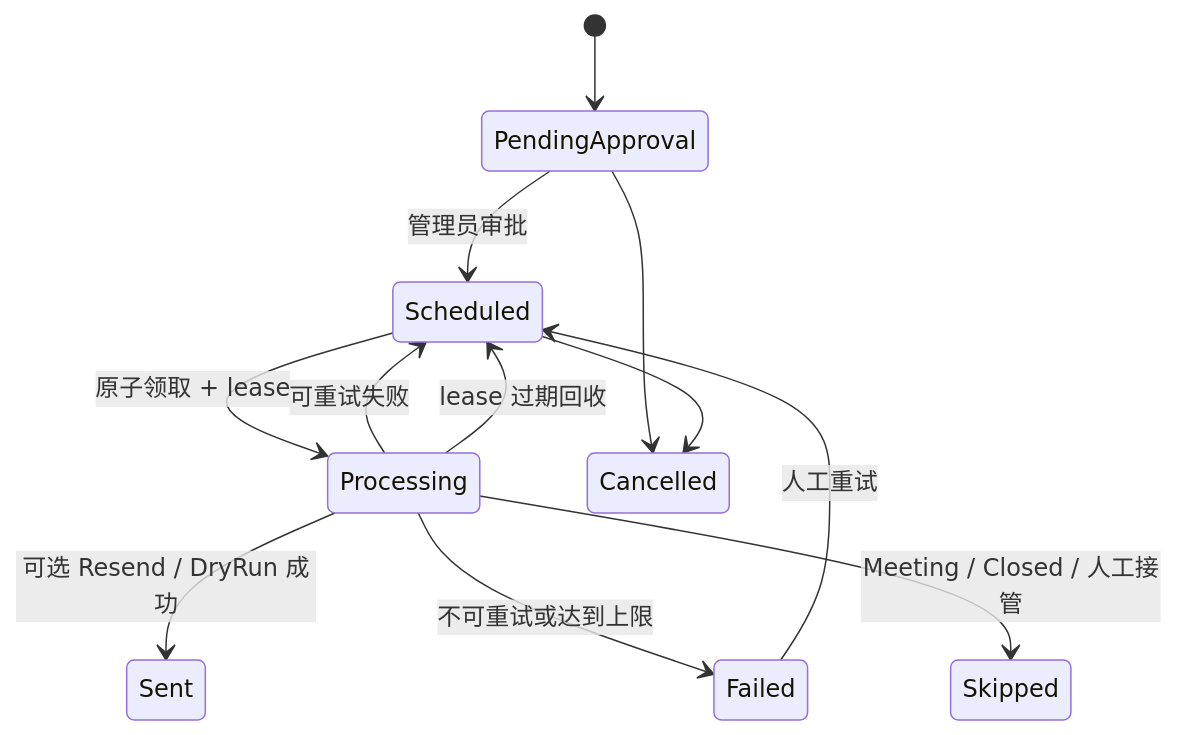
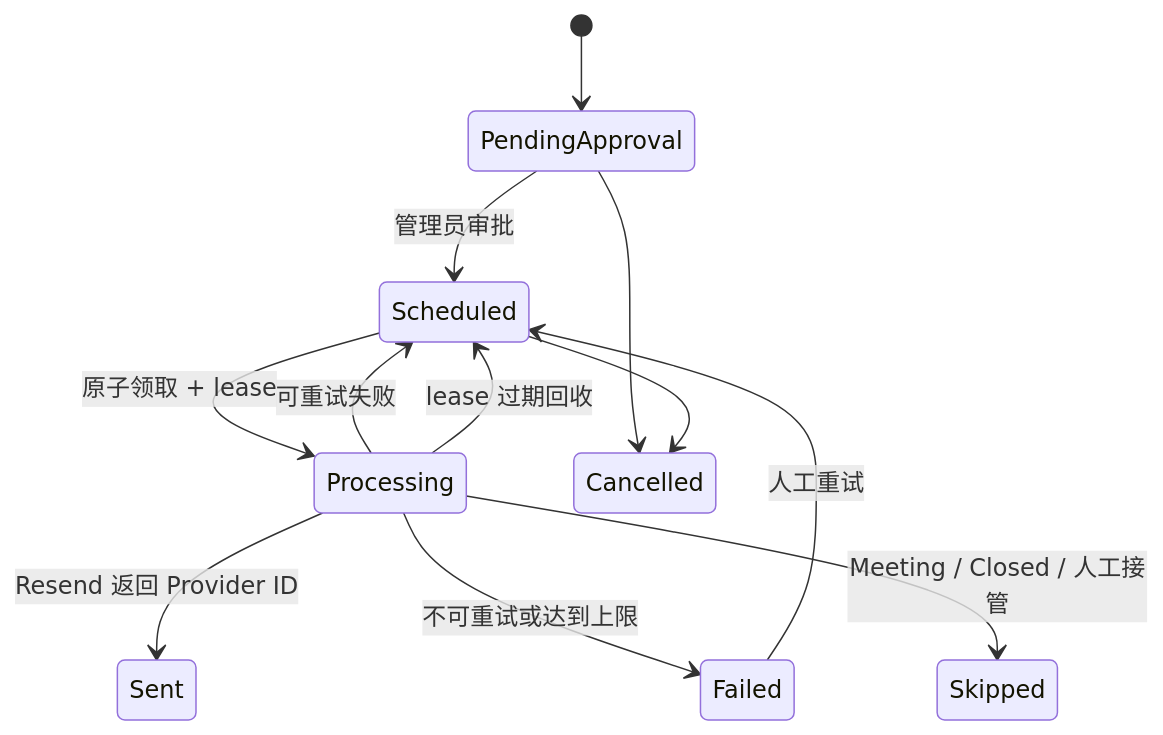
Before and after one commit to wuyuhang0519-cyber/julu-ai-sales-assistant: the fifth of 6 diagrams in docs/architecture.md, drawn with Mermaid. The commit also changed other lines of this file and 7 other files, not shown here.

````diff
--- a/docs/architecture.md
+++ b/docs/architecture.md
@@ -92,14 +99,14 @@
 ```mermaid
 stateDiagram-v2
   [*] --> PendingApproval
   PendingApproval --> Scheduled: 管理员审批
   Scheduled --> Processing: 原子领取 + lease
-  Processing --> Sent: 可选 Resend / DryRun 成功
+  Processing --> Sent: Resend 返回 Provider ID
   Processing --> Scheduled: 可重试失败
   Processing --> Failed: 不可重试或达到上限
   Processing --> Skipped: Meeting / Closed / 人工接管
   Processing --> Scheduled: lease 过期回收
   PendingApproval --> Cancelled
   Scheduled --> Cancelled
   Failed --> Scheduled: 人工重试
 ```
````
